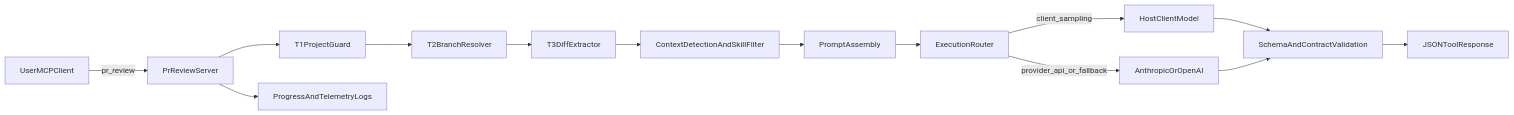
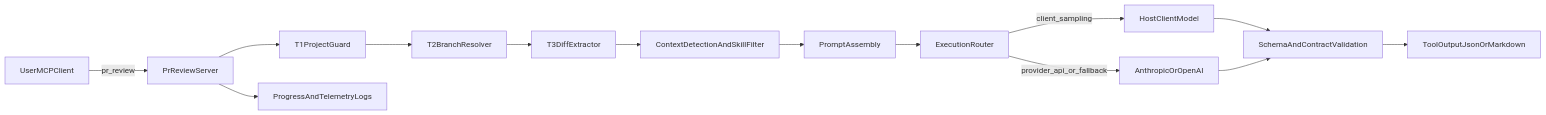
The diagram in docs/architecture.md (aggrowal/aggrowal-pr-review-mcp), drawn with Mermaid before and after one commit. The commit also changed other lines of this file and 7 other files, not shown here.

````diff
--- a/docs/architecture.md
+++ b/docs/architecture.md
@@ -5,16 +5,16 @@
 ```mermaid
 flowchart LR
 userClient[UserMCPClient] -->|pr_review| mcpServer[PrReviewServer]
 mcpServer --> t1[T1ProjectGuard]
 t1 --> t2[T2BranchResolver]
 t2 --> t3[T3DiffExtractor]
 t3 --> detect[ContextDetectionAndSkillFilter]
 detect --> assemble[PromptAssembly]
 assemble --> route[ExecutionRouter]
 route -->|client_sampling| hostModel[HostClientModel]
 route -->|provider_api_or_fallback| providerModel[AnthropicOrOpenAI]
 hostModel --> validate[SchemaAndContractValidation]
 providerModel --> validate
-validate --> output[JSONToolResponse]
+validate --> output[ToolOutputJsonOrMarkdown]
 mcpServer --> logs[ProgressAndTelemetryLogs]
 ```
````
